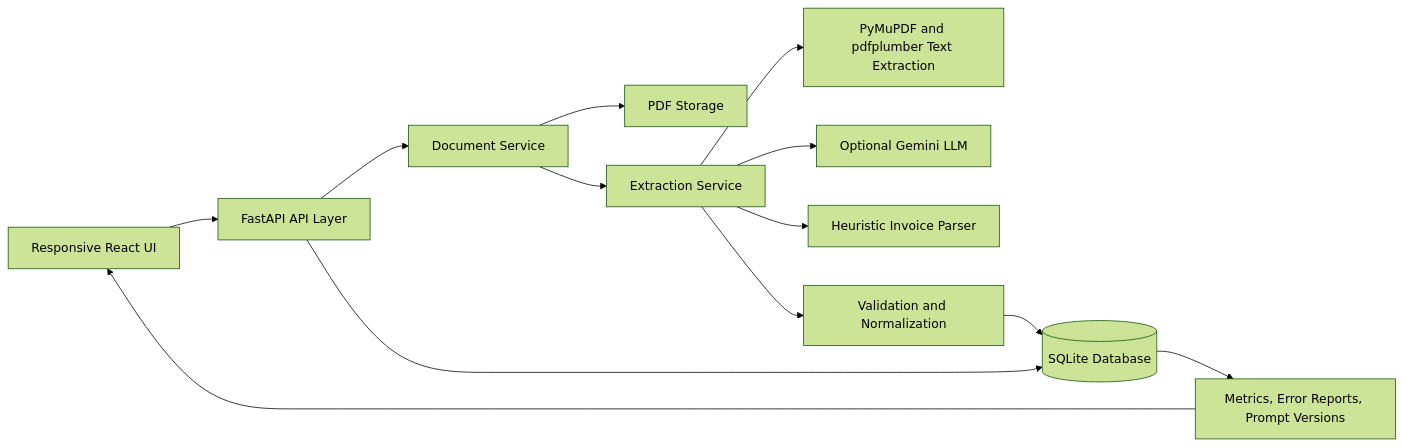
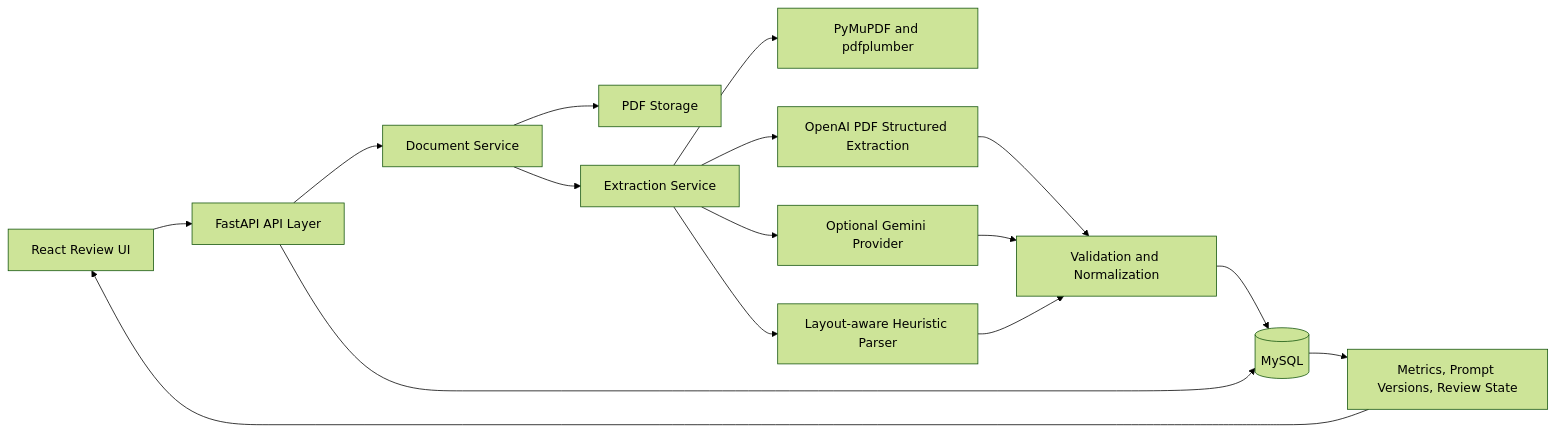
One commit to misyatintin/AI_DOC_SYS changed the diagram in docs/architecture_overview.md. Above: the diagram before and after it, drawn with Mermaid (forest theme). The commit also changed other lines of this file and 1 other file, not shown here.

````diff
--- a/docs/architecture_overview.md
+++ b/docs/architecture_overview.md
@@ -17,15 +97,18 @@
 ```mermaid
 flowchart LR
-    A[Responsive React UI] --> B[FastAPI API Layer]
+    A[React Review UI] --> B[FastAPI API Layer]
     B --> C[Document Service]
     C --> D[PDF Storage]
     C --> E[Extraction Service]
-    E --> F[PyMuPDF and pdfplumber Text Extraction]
-    E --> G[Optional Gemini LLM]
-    E --> H[Heuristic Invoice Parser]
-    E --> I[Validation and Normalization]
-    I --> J[(SQLite Database)]
-    B --> J
-    J --> K[Metrics, Error Reports, Prompt Versions]
-    K --> A
+    E --> F[PyMuPDF and pdfplumber]
+    E --> G[OpenAI PDF Structured Extraction]
+    E --> H[Optional Gemini Provider]
+    E --> I[Layout-aware Heuristic Parser]
+    G --> J[Validation and Normalization]
+    H --> J
+    I --> J
+    J --> K[(MySQL)]
+    B --> K
+    K --> L[Metrics, Prompt Versions, Review State]
+    L --> A
 ```
````
